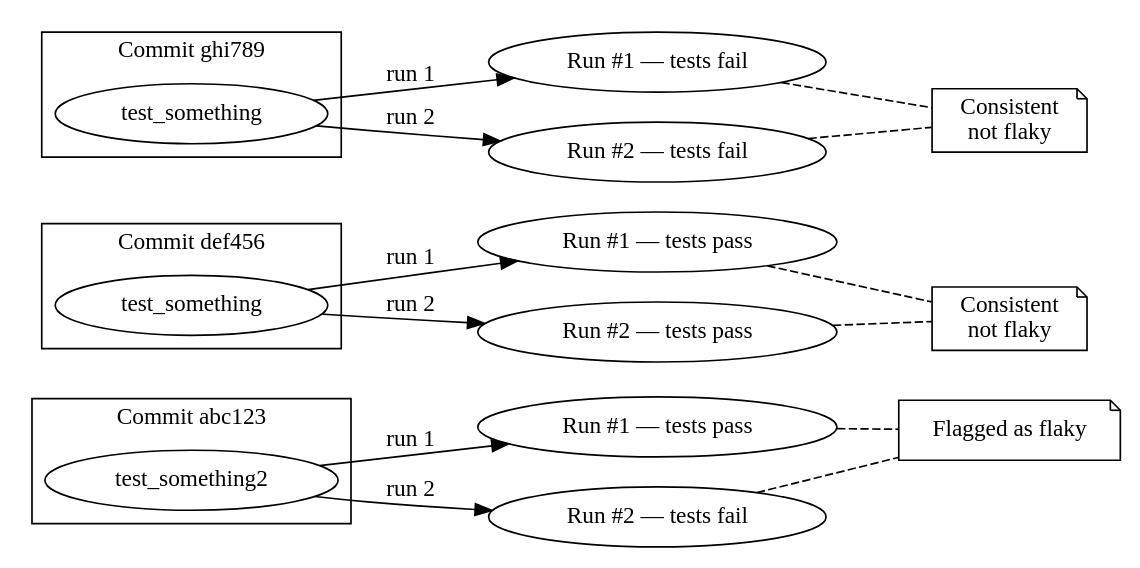
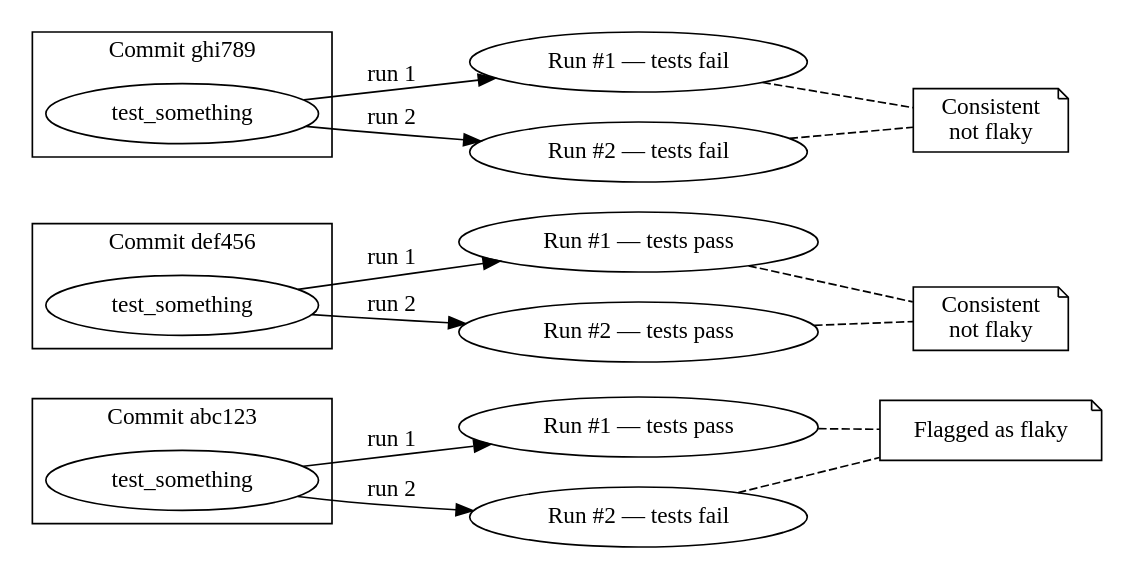
The diagram in src/content/docs/ci-insights/flaky-test-detection.mdx (Mergifyio/docs), drawn with Graphviz before and after one commit.

Commit message:
docs(ci-insights): names the same test on all three commits in the flaky-detection diagram (#13037)
The diagram explaining flaky detection labelled its first commit's test
`test_something2` while the other two commits both said `test_something`. Its own
title reads "two runs of one test on three commits", and the sentence introducing
it says the runs are "two executions of the same tests on the exact same commit",
so the label contradicted both.

That matters more than a stray character, because the disagreement between two
runs of one test is the entire mechanism the page is explaining. A reader who
takes the labels at face value sees a diagram in which two different tests
produced two different results, which is not flakiness and is exactly the wrong
intuition to leave someone with on the page that defines it.

````diff
--- a/src/content/docs/ci-insights/flaky-test-detection.mdx
+++ b/src/content/docs/ci-insights/flaky-test-detection.mdx
@@ -33,47 +33,47 @@
 ```dot class="queue" title="Two runs of one test on three commits: the runs that disagree flag the test as flaky"
 digraph {
   rankdir=LR;
 
   subgraph cluster_commit1 {
     class="batch";
     label="Commit abc123";
-    commit1 [label="test_something2", shape=oval, class="config"];
+    commit1 [label="test_something", shape=oval, class="config"];
   }
   run1 [label="Run #1 — tests pass", class="merged"];
   run2 [label="Run #2 — tests fail", class="failed"];
   detector [label="Flagged as flaky", shape=note, class="flagged"];
   commit1 -> run1 [label="  run 1"];
   commit1 -> run2 [label="  run 2"];
   { rank=same; run1; run2; }
   run1 -> detector [class="muted", style=dashed, arrowhead=none];
   run2 -> detector [class="muted", style=dashed, arrowhead=none];
 
   subgraph cluster_commit2 {
     class="batch";
     label="Commit def456";
     commit2 [label="test_something", shape=oval, class="config"];
   }
   run3 [label="Run #1 — tests pass", class="merged"];
   run4 [label="Run #2 — tests pass", class="merged"];
   stable [label="Consistent\nnot flaky", shape=note, class="external"];
   commit2 -> run3 [label="  run 1"];
   commit2 -> run4 [label="  run 2"];
   { rank=same; run3; run4; }
   run3 -> stable [class="muted", style=dashed, arrowhead=none];
   run4 -> stable [class="muted", style=dashed, arrowhead=none];
 
   subgraph cluster_commit3 {
     class="batch";
     label="Commit ghi789";
     commit3 [label="test_something", shape=oval, class="config"];
   }
   run5 [label="Run #1 — tests fail", class="failed"];
   run6 [label="Run #2 — tests fail", class="failed"];
   stable2 [label="Consistent\nnot flaky", shape=note, class="external"];
   commit3 -> run5 [label="  run 1"];
   commit3 -> run6 [label="  run 2"];
   { rank=same; run5; run6; }
   run5 -> stable2 [class="muted", style=dashed, arrowhead=none];
   run6 -> stable2 [class="muted", style=dashed, arrowhead=none];
 }
 ```
````
